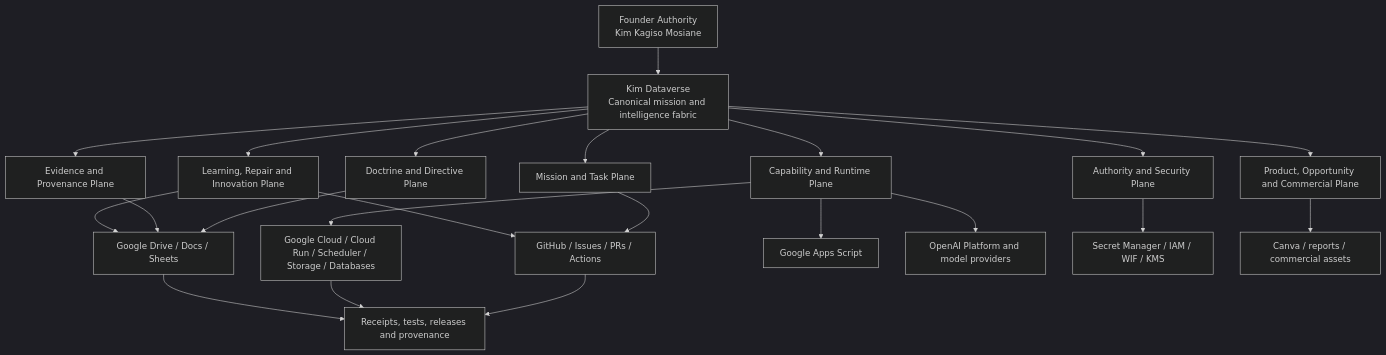
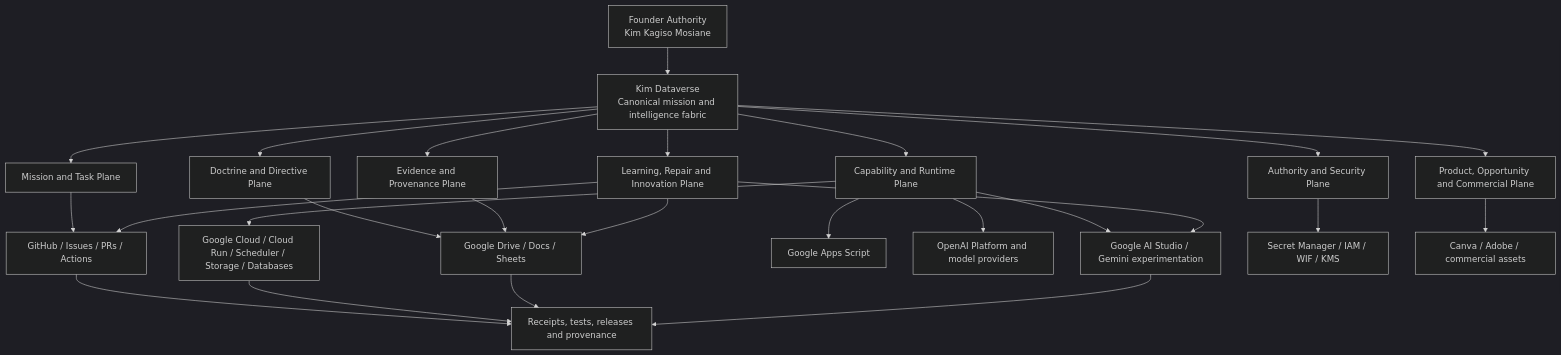
Before and after one commit to mosianekk-lang/Federation-Omega: the first of 2 diagrams in docs/ict/KIM_DATAVERSE_ESTATE_MAP.md, drawn with Mermaid (dark theme). The commit also changed other lines of this file, not shown here.

Commit message:
ict: add Google AI Studio to Kim Dataverse estate map

````diff
--- a/docs/ict/KIM_DATAVERSE_ESTATE_MAP.md
+++ b/docs/ict/KIM_DATAVERSE_ESTATE_MAP.md
@@ -15,27 +15,30 @@
 ```mermaid
 flowchart TD
     F[Founder Authority\nKim Kagiso Mosiane] --> K[Kim Dataverse\nCanonical mission and intelligence fabric]
 
     K --> D[Doctrine and Directive Plane]
     K --> M[Mission and Task Plane]
     K --> E[Evidence and Provenance Plane]
     K --> C[Capability and Runtime Plane]
     K --> A[Authority and Security Plane]
     K --> L[Learning, Repair and Innovation Plane]
     K --> P[Product, Opportunity and Commercial Plane]
 
     D --> GD[Google Drive / Docs / Sheets]
     M --> GH[GitHub / Issues / PRs / Actions]
     E --> GD
     C --> GC[Google Cloud / Cloud Run / Scheduler / Storage / Databases]
     C --> AS[Google Apps Script]
     C --> OA[OpenAI Platform and model providers]
+    C --> GAI[Google AI Studio / Gemini experimentation]
     A --> SM[Secret Manager / IAM / WIF / KMS]
     L --> GH
     L --> GD
-    P --> CV[Canva / reports / commercial assets]
+    L --> GAI
+    P --> CV[Canva / Adobe / commercial assets]
 
     GH --> R[Receipts, tests, releases and provenance]
     GC --> R
     GD --> R
+    GAI --> R
 ```
````
